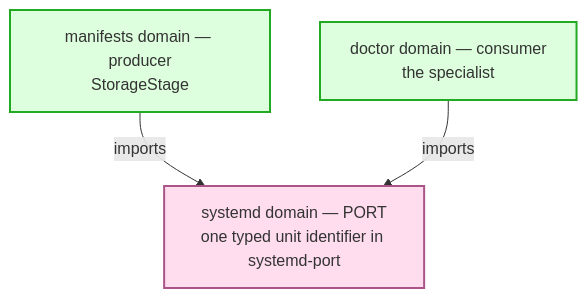
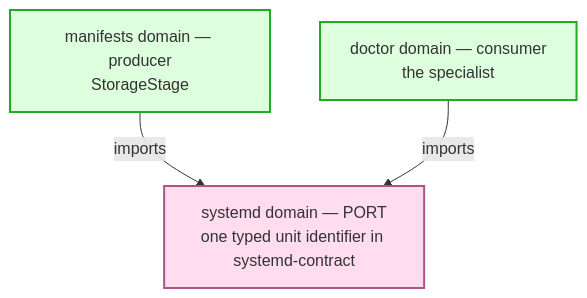
One commit to nxmatic/rke2lab changed diagram 13 of 13 in docs/architecture/osgi/dbus-systemd-edge-spec.adoc. Above: the diagram before and after it, drawn with Mermaid. The commit also changed other lines of this file and 25 other files, not shown here.

```diff
--- a/docs/architecture/osgi/dbus-systemd-edge-spec.adoc
+++ b/docs/architecture/osgi/dbus-systemd-edge-spec.adoc
@@ -341,13 +341,13 @@
 [mermaid]
 ....
 flowchart TB
   stage["manifests domain — producer<br/>StorageStage"]
-  id["systemd domain — PORT<br/>one typed unit identifier in systemd-port"]
+  id["systemd domain — PORT<br/>one typed unit identifier in systemd-contract"]
   spec["doctor domain — consumer<br/>the specialist"]
   stage -->|imports| id
   spec -->|imports| id
   classDef ok fill:#dfd,stroke:#2a2,stroke-width:2px;
   classDef p fill:#fde,stroke:#a58,stroke-width:2px;
   class stage,spec ok;
   class id p;
 ....
```
